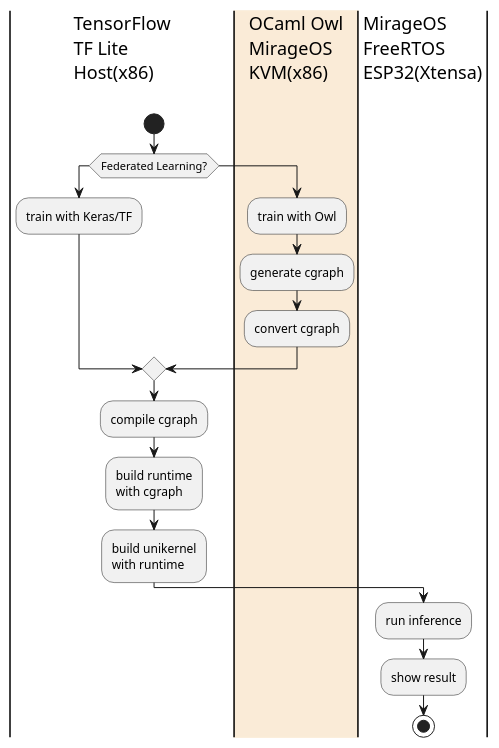
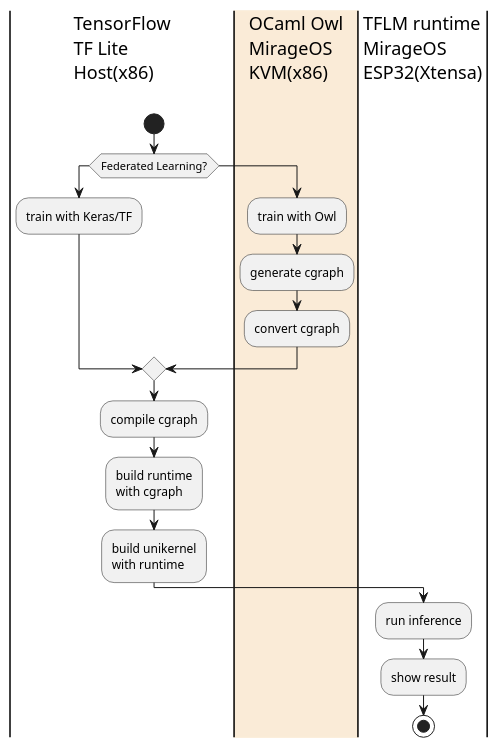
Before and after one commit to doyu/elc2019: the diagram in demo-ac.puml, drawn with PlantUML. The commit also changed 1 other file, not shown here.

```diff
--- a/demo-ac.puml
+++ b/demo-ac.puml
@@ -1,22 +1,22 @@
 @startuml
 'title PoC sequence
 |TensorFlow\nTF Lite\nHost(x86)\n|
 start
 if (Federated Learning?) then
 |TensorFlow\nTF Lite\nHost(x86)\n|
 :train with Keras/TF;
 else
 |#AntiqueWhite|OCaml Owl\nMirageOS\nKVM(x86)\n|
 :train with Owl;
 :generate cgraph;
 :convert cgraph;
 endif
 |TensorFlow\nTF Lite\nHost(x86)\n|
 :compile cgraph;
 :build runtime\nwith cgraph;
 :build unikernel\nwith runtime;
-|MirageOS\nFreeRTOS\nESP32(Xtensa)\n|
+|TFLM runtime\nMirageOS\nESP32(Xtensa)\n|
 :run inference;
 :show result;
 stop
 @enduml
```
